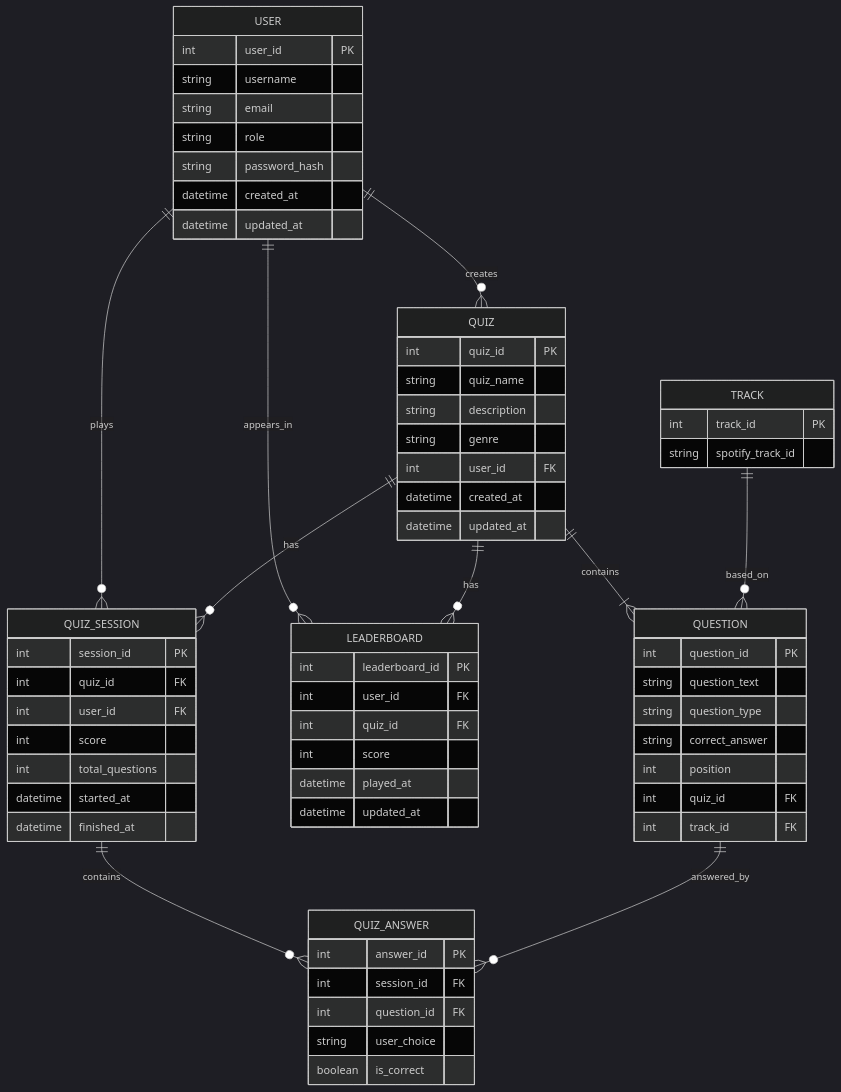
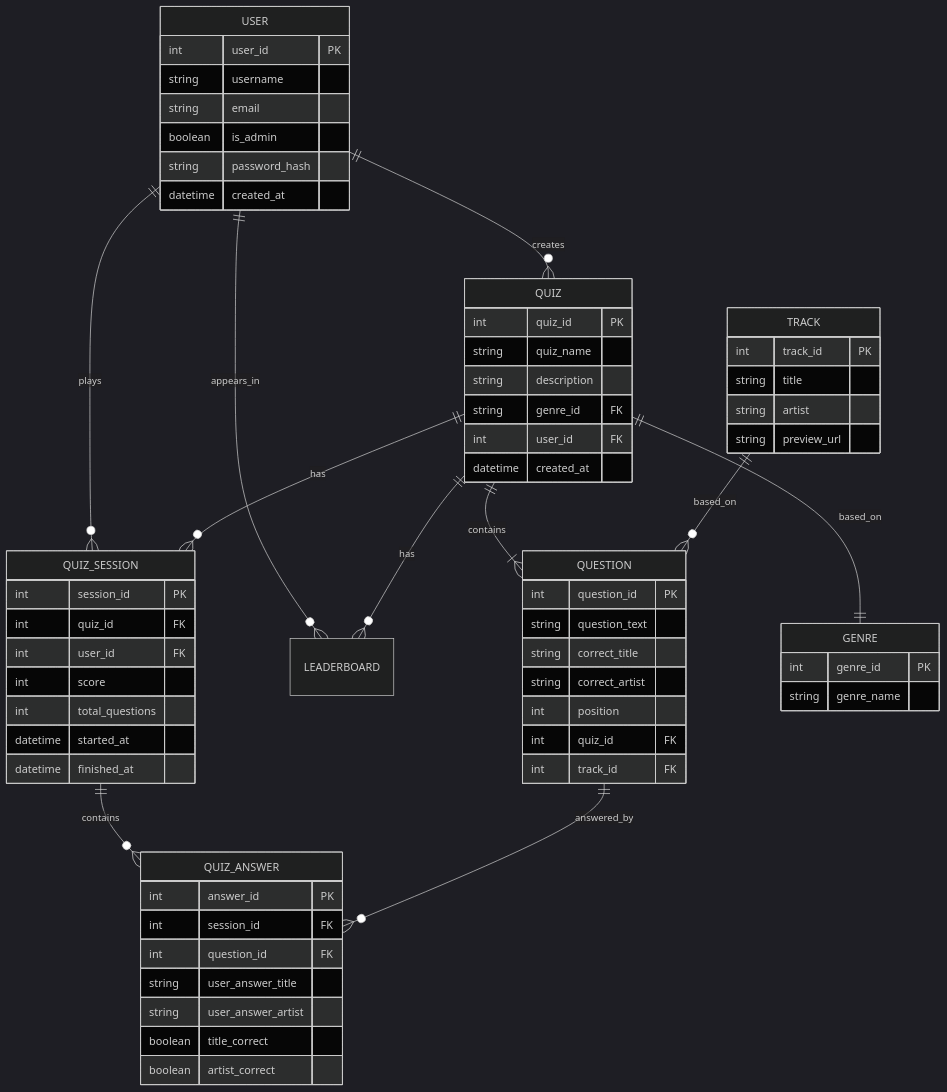
Before and after one commit to paull2906/FSWB: the diagram in docs/02-data-model.md, drawn with Mermaid (dark theme). The commit also changed other lines of this file, not shown here.

Commit message:
Revise data model and update Quiz_Answer attributes
Updated data model to reflect changes in Quiz_Answer structure and added Genre entity.

````diff
--- a/docs/02-data-model.md
+++ b/docs/02-data-model.md
@@ -16,76 +16,75 @@
 ```mermaid
 
 erDiagram
     USER ||--o{ QUIZ_SESSION : plays
     USER ||--o{ LEADERBOARD : appears_in
     QUIZ ||--o{ QUIZ_SESSION : has
-    QUIZ_SESSION ||--o{ QUIZ_ANSWER : contains
+    QUIZ_SESSION ||--o{ QUIZ_ANSWER: contains
     USER ||--o{ QUIZ : creates
     QUIZ ||--o{ LEADERBOARD : has
     QUIZ ||--|{ QUESTION : contains
+    QUIZ ||--|| GENRE : based_on
     TRACK ||--o{ QUESTION : based_on
     QUESTION ||--o{ QUIZ_ANSWER : answered_by
     
     
     USER {
         int user_id PK
         string username
         string email
-        string role
+        boolean is_admin
         string password_hash
         datetime created_at
-        datetime updated_at
     }
 
     QUIZ {
         int quiz_id PK
         string quiz_name
         string description
-        string genre
+        string genre_id FK
         int user_id FK
         datetime created_at
-        datetime updated_at
       }
 
     QUIZ_SESSION {
         int session_id PK
         int quiz_id FK
         int user_id FK
         int score
         int total_questions
         datetime started_at
         datetime finished_at
     }
 
     TRACK {
         int track_id PK
-        string spotify_track_id
+        string title
+        string artist
+        string preview_url
+    }
+
+    GENRE {
+        int genre_id PK
+        string genre_name 
     }
 
     QUESTION {
         int question_id PK
         string question_text
-        string question_type
-        string correct_answer
+        string correct_title
+        string correct_artist
         int position
         int quiz_id FK
         int track_id FK
     }    
 
-    QUIZ_ANSWER {
-        int answer_id PK
-        int session_id FK
-        int question_id FK
-        string user_choice
-        boolean is_correct
-    }
-
-  LEADERBOARD {
-        int leaderboard_id PK
-        int user_id FK
-        int quiz_id FK
-        int score
-        datetime played_at
-        datetime updated_at
- }
+  QUIZ_ANSWER {
+    int answer_id PK
+    int session_id FK
+    int question_id FK
+    string user_answer_title
+    string user_answer_artist
+    boolean title_correct
+    boolean artist_correct
+}
 ```
````
